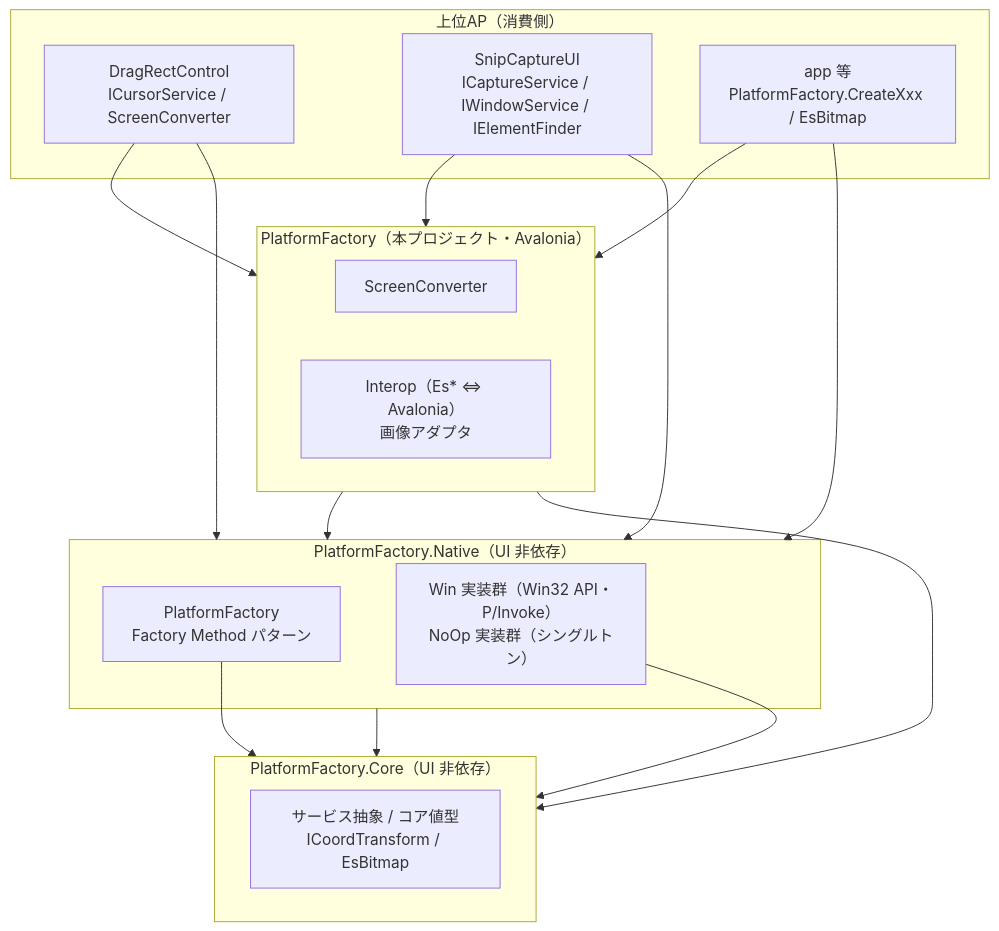
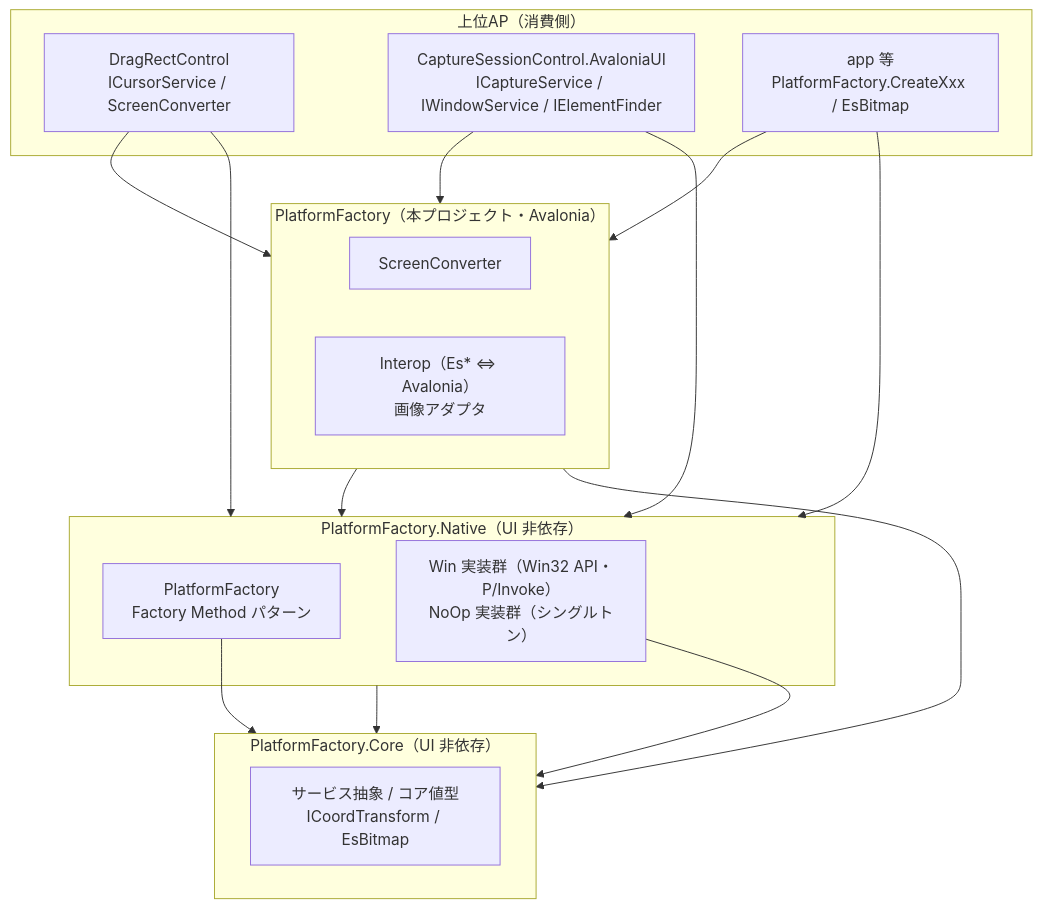
Before and after one commit to tomokuni/SaveEvidence: the diagram in src/PlatformFactory/SPEC_System.md, drawn with Mermaid. The commit also changed other lines of this file and 213 other files, not shown here.

````diff
--- a/src/PlatformFactory/SPEC_System.md
+++ b/src/PlatformFactory/SPEC_System.md
@@ -69,31 +69,31 @@
 ```mermaid
 flowchart TB
     subgraph Host["上位AP（消費側）"]
         DR["DragRectControl<br/>ICursorService / ScreenConverter"]
-        SC["SnipCaptureUI<br/>ICaptureService / IWindowService / IElementFinder"]
+        SC["CaptureSessionControl.AvaloniaUI<br/>ICaptureService / IWindowService / IElementFinder"]
         AP["app 等<br/>PlatformFactory.CreateXxx / EsBitmap"]
     end
     subgraph Native["PlatformFactory.Native（UI 非依存）"]
         Fac["PlatformFactory<br/>Factory Method パターン"]
         WInp["Win 実装群（Win32 API・P/Invoke）<br/>NoOp 実装群（シングルトン）"]
     end
     subgraph PF["PlatformFactory（本プロジェクト・Avalonia）"]
         Conv["ScreenConverter"]
         Interop["Interop（Es* ⇔ Avalonia）<br/>画像アダプタ"]
     end
     subgraph Core["PlatformFactory.Core（UI 非依存）"]
         Intf["サービス抽象 / コア値型<br/>ICoordTransform / EsBitmap"]
     end
 
     DR --> PF
     SC --> PF
     AP --> PF
     DR --> Native
     SC --> Native
     AP --> Native
     PF --> Native
     Native --> Core
     PF --> Core
     WInp --> Core
     Fac --> Core
 ```
````
